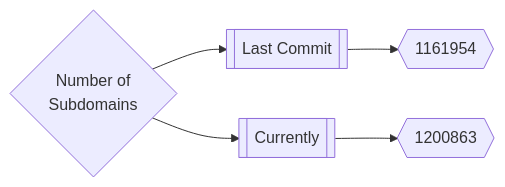
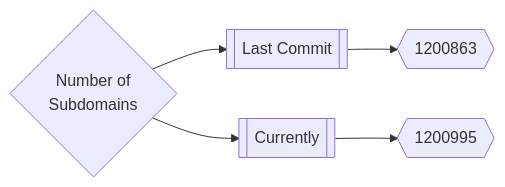
One commit to trickest/inventory changed the first of 3 diagrams in README.md. Above: the diagram before and after it, drawn with Mermaid. The commit also changed other lines of this file and 10 other files, not shown here.

````diff
--- a/README.md
+++ b/README.md
@@ -165,5 +165,5 @@
 ```mermaid
 graph LR
-title{Number of<br>Subdomains} --> subdomainsDate1[[Last Commit]] --> subdomainsNum1{{1161954}}
-title --> subdomainsDate2[[Currently]] --> subdomainsNum2{{1200863}}
+title{Number of<br>Subdomains} --> subdomainsDate1[[Last Commit]] --> subdomainsNum1{{1200863}}
+title --> subdomainsDate2[[Currently]] --> subdomainsNum2{{1200995}}
 ```
````
